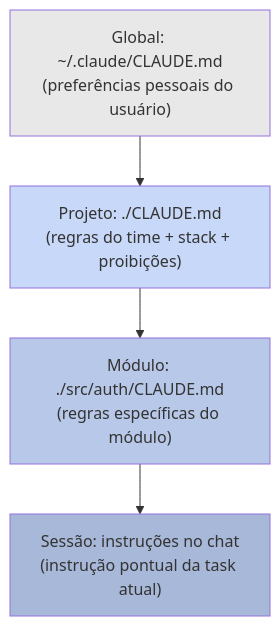
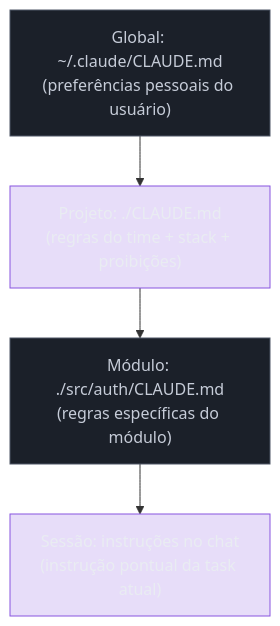
One commit to josenaldo/codex-technomanticus changed the second of 2 diagrams in 03-Dominios/Tecnologia/IA/Agentes de Codificação/14 - agents.md e configuração de projeto.md. Above: the diagram before and after it, drawn with Mermaid. The commit also changed 1181 other files, not shown here.

First line of the commit message:
fix(diagramas): paleta do sistema no lugar de cor cravada no markdown

````diff
--- a/03-Dominios/Tecnologia/IA/Agentes de Codificação/14 - agents.md e configuração de projeto.md
+++ b/03-Dominios/Tecnologia/IA/Agentes de Codificação/14 - agents.md e configuração de projeto.md
@@ -68,12 +68,14 @@
 ```mermaid
 graph TD
+    classDef neutro fill:#1B2029,stroke:#4E5666,color:#C6CCD8
+    classDef marca fill:#8855DF33,stroke:#8855DF,color:#E9ECF2
     A["Global: ~/.claude/CLAUDE.md\n(preferências pessoais do usuário)"] --> B
     B["Projeto: ./CLAUDE.md\n(regras do time + stack + proibições)"] --> C
     C["Módulo: ./src/auth/CLAUDE.md\n(regras específicas do módulo)"] --> D
     D["Sessão: instruções no chat\n(instrução pontual da task atual)"]
 
-    style A fill:#e8e8e8
-    style B fill:#c8d8f8
-    style C fill:#b8c8e8
-    style D fill:#a8b8d8
+    class A neutro
+    class B marca
+    class C neutro
+    class D marca
 ```
````
